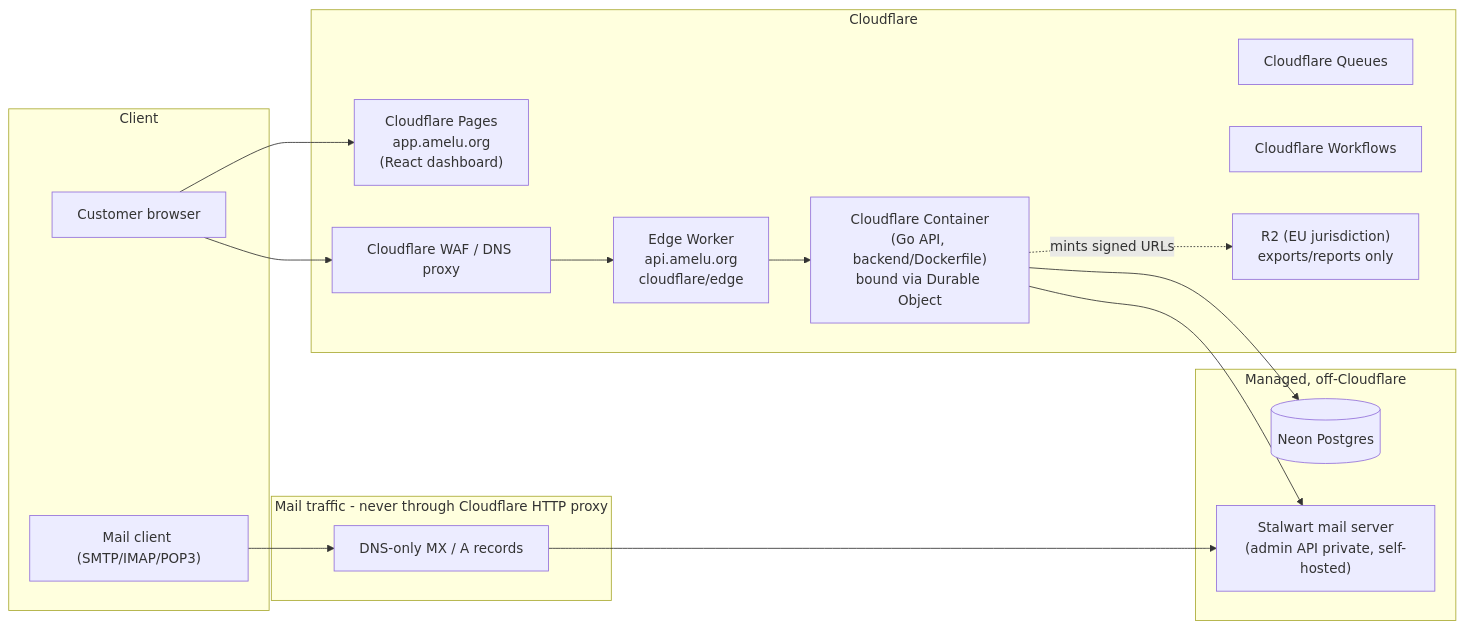
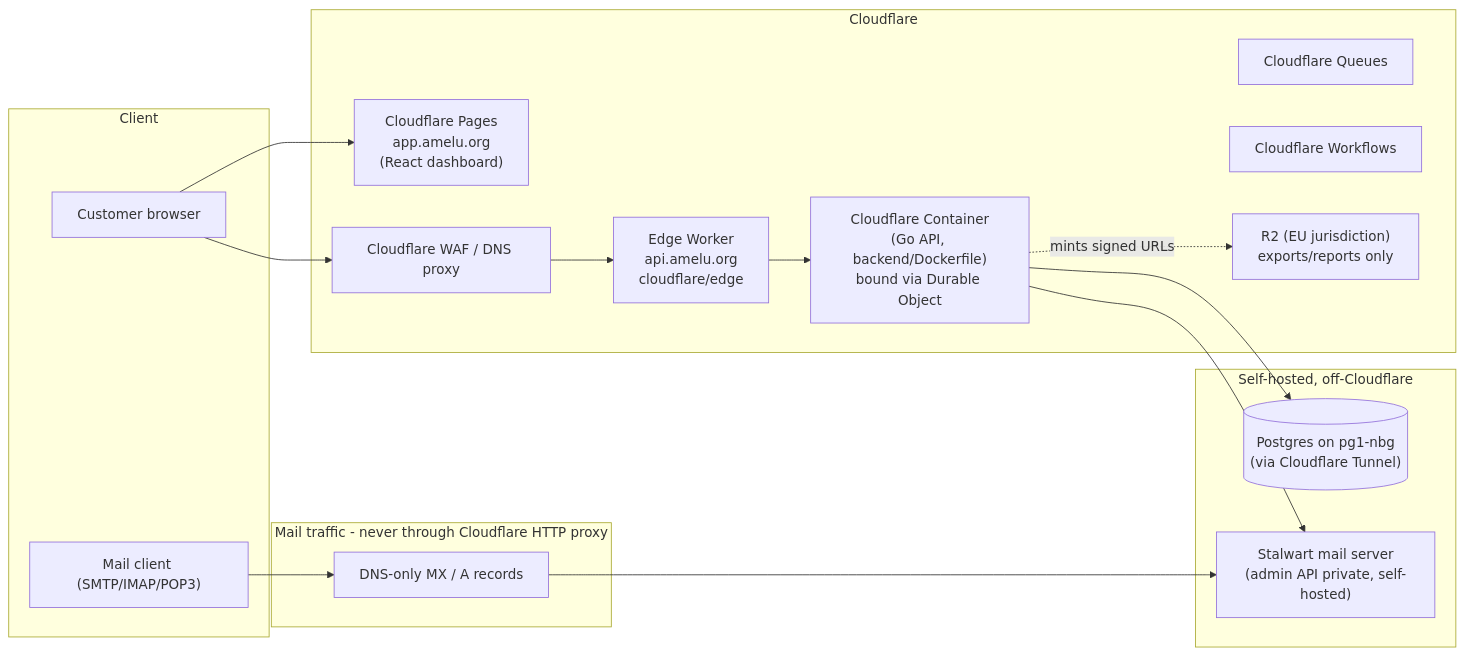
One commit to ordnary-com/amelu changed the first of 4 diagrams in docs/cloudflare/ARCHITECTURE.md. Above: the diagram before and after it, drawn with Mermaid. The commit also changed other lines of this file and 7 other files, not shown here.

First line of the commit message:
feat(infra): move Postgres from Neon to pg1-nbg

````diff
--- a/docs/cloudflare/ARCHITECTURE.md
+++ b/docs/cloudflare/ARCHITECTURE.md
@@ -7,33 +7,33 @@
 ```mermaid
 flowchart LR
     subgraph Client
         Browser["Customer browser"]
         MailClient["Mail client (SMTP/IMAP/POP3)"]
     end
 
     subgraph Cloudflare
         Pages["Cloudflare Pages\napp.amelu.org\n(React dashboard)"]
         WAF["Cloudflare WAF / DNS proxy"]
         Worker["Edge Worker\napi.amelu.org\ncloudflare/edge"]
         Container["Cloudflare Container\n(Go API, backend/Dockerfile)\nbound via Durable Object"]
         Queues["Cloudflare Queues"]
         Workflows["Cloudflare Workflows"]
         R2["R2 (EU jurisdiction)\nexports/reports only"]
     end
 
-    subgraph "Managed, off-Cloudflare"
-        PG[("Neon Postgres")]
+    subgraph "Self-hosted, off-Cloudflare"
+        PG[("Postgres on pg1-nbg\n(via Cloudflare Tunnel)")]
         Stalwart["Stalwart mail server\n(admin API private, self-hosted)"]
     end
 
     subgraph "Mail traffic - never through Cloudflare HTTP proxy"
         MX["DNS-only MX / A records"]
     end
 
     Browser --> Pages
     Browser --> WAF --> Worker --> Container
     Container --> PG
     Container --> Stalwart
     Container -. mints signed URLs .-> R2
     MailClient --> MX --> Stalwart
 ```
````
